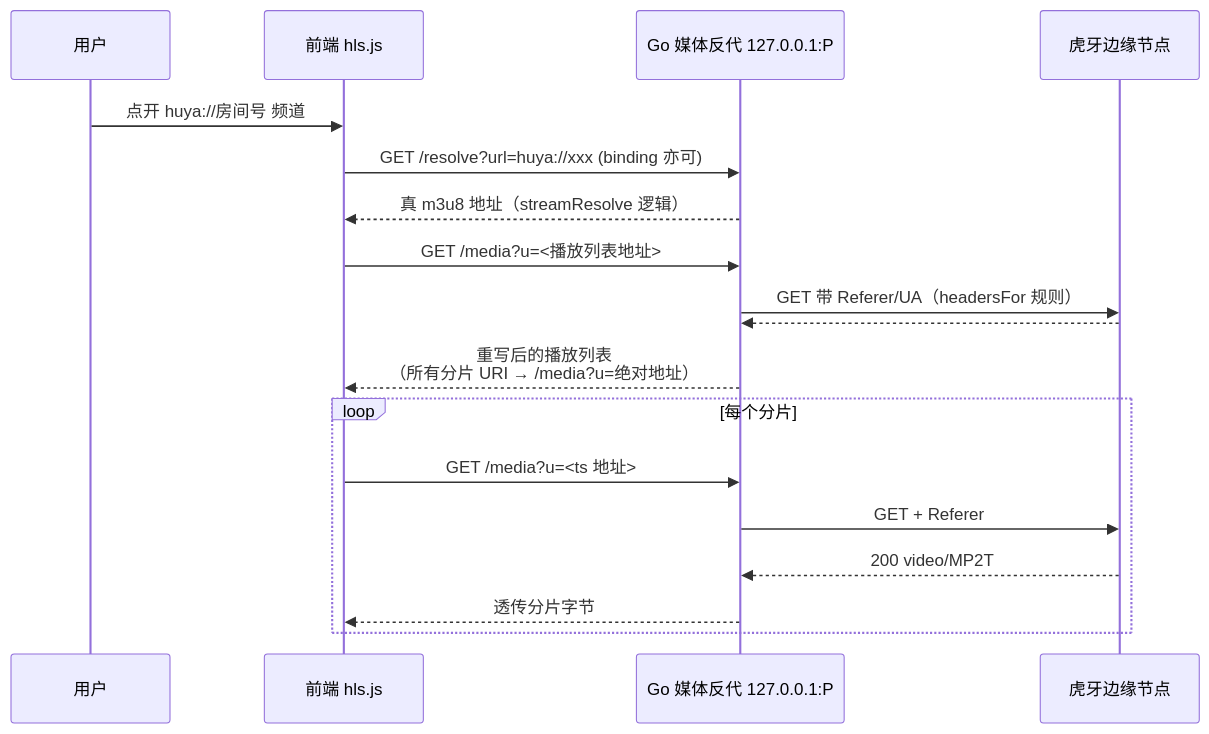
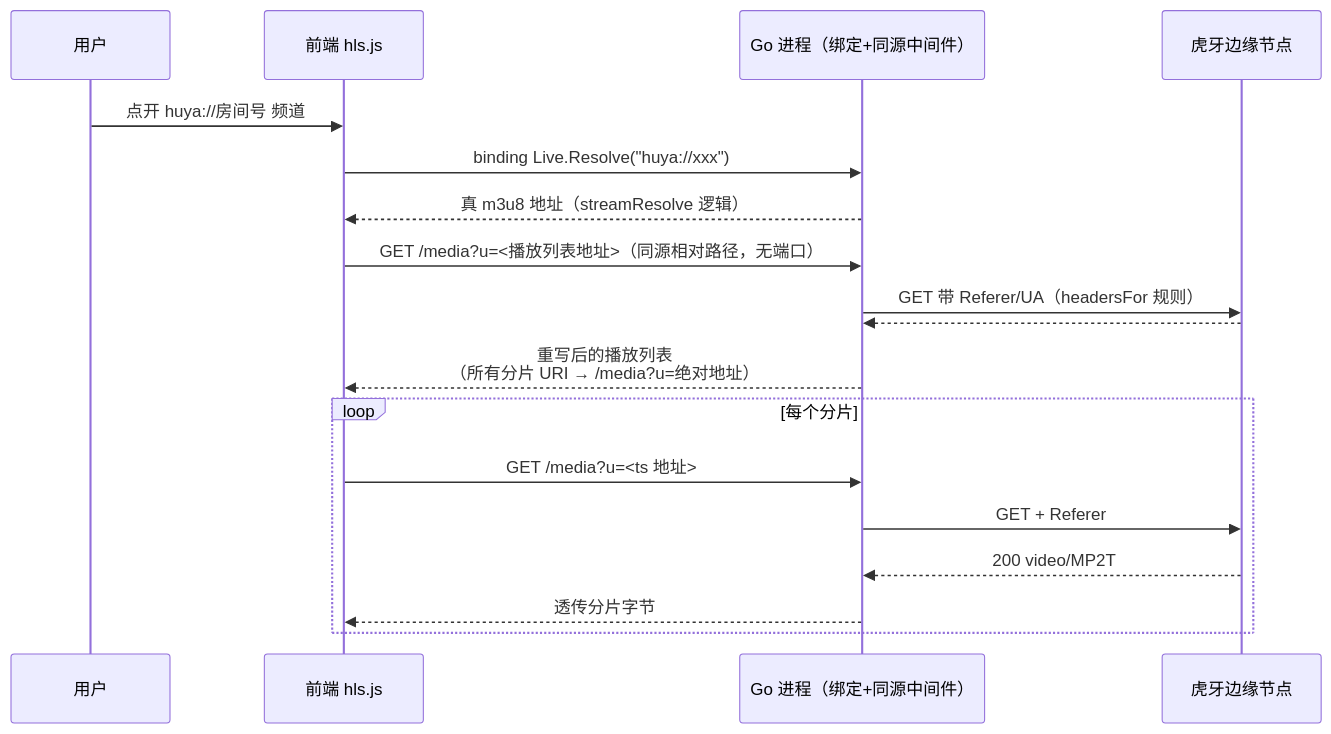
The fourth of 6 diagrams in .trae/documents/Electron项目改造Go-Wails详细方案.md (chengshengru/tvbox-desktop), drawn with Mermaid before and after one commit. The commit also changed other lines of this file, not shown here.

````diff
--- a/.trae/documents/Electron项目改造Go-Wails详细方案.md
+++ b/.trae/documents/Electron项目改造Go-Wails详细方案.md
@@ -194,21 +194,21 @@
 ```mermaid
 sequenceDiagram
     participant U as 用户
     participant FE as 前端 hls.js
-    participant PX as Go 媒体反代 127.0.0.1:P
+    participant GO as Go 进程（绑定+同源中间件）
     participant Huya as 虎牙边缘节点
 
     U->>FE: 点开 huya://房间号 频道
-    FE->>PX: GET /resolve?url=huya://xxx (binding 亦可)
-    PX-->>FE: 真 m3u8 地址（streamResolve 逻辑）
-    FE->>PX: GET /media?u=<播放列表地址>
-    PX->>Huya: GET 带 Referer/UA（headersFor 规则）
-    Huya-->>PX: #EXTM3U 内容
-    PX-->>FE: 重写后的播放列表<br/>（所有分片 URI → /media?u=绝对地址）
+    FE->>GO: binding Live.Resolve("huya://xxx")
+    GO-->>FE: 真 m3u8 地址（streamResolve 逻辑）
+    FE->>GO: GET /media?u=<播放列表地址>（同源相对路径，无端口）
+    GO->>Huya: GET 带 Referer/UA（headersFor 规则）
+    Huya-->>GO: #EXTM3U 内容
+    GO-->>FE: 重写后的播放列表<br/>（所有分片 URI → /media?u=绝对地址）
     loop 每个分片
-        FE->>PX: GET /media?u=<ts 地址>
-        PX->>Huya: GET + Referer
-        Huya-->>PX: 200 video/MP2T
-        PX-->>FE: 透传分片字节
+        FE->>GO: GET /media?u=<ts 地址>
+        GO->>Huya: GET + Referer
+        Huya-->>GO: 200 video/MP2T
+        GO-->>FE: 透传分片字节
     end
 ```
````
